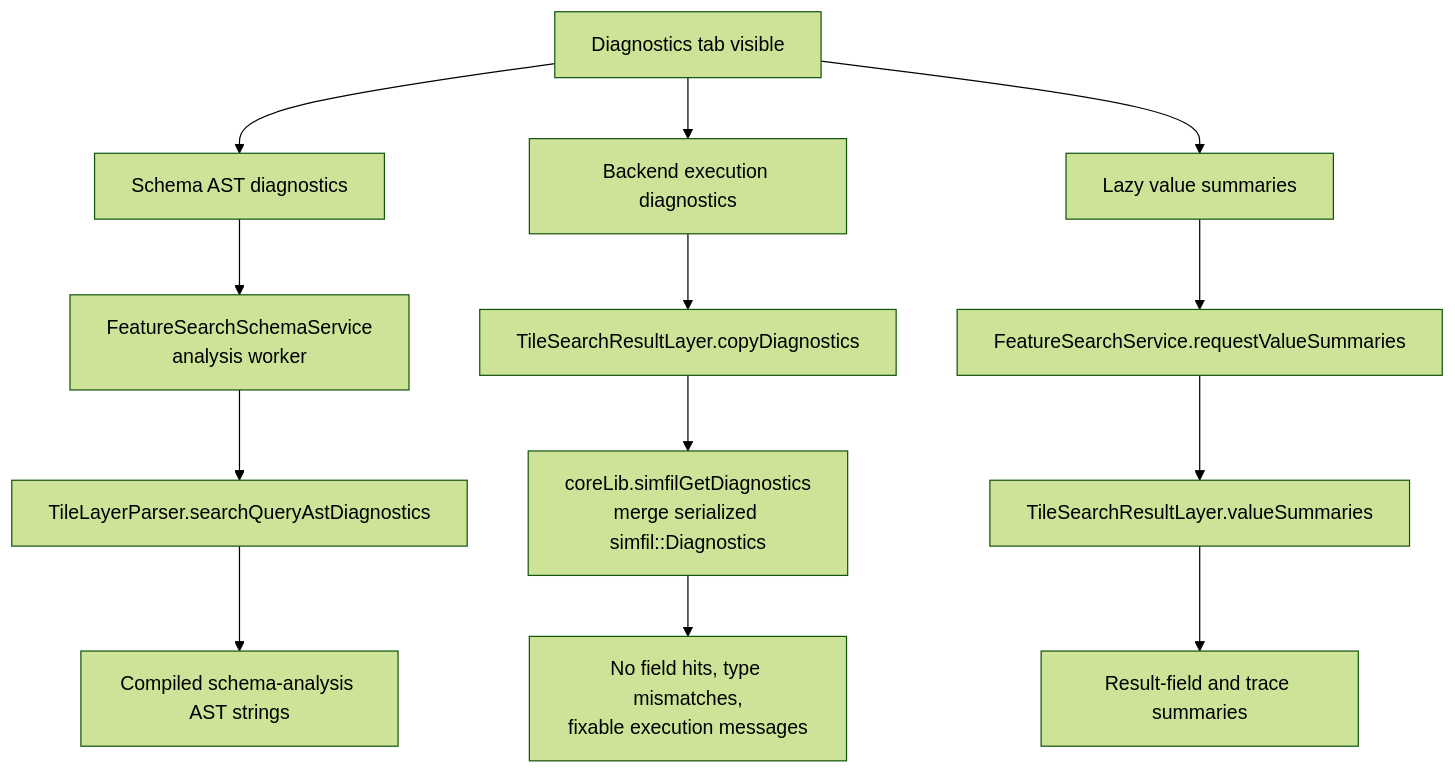
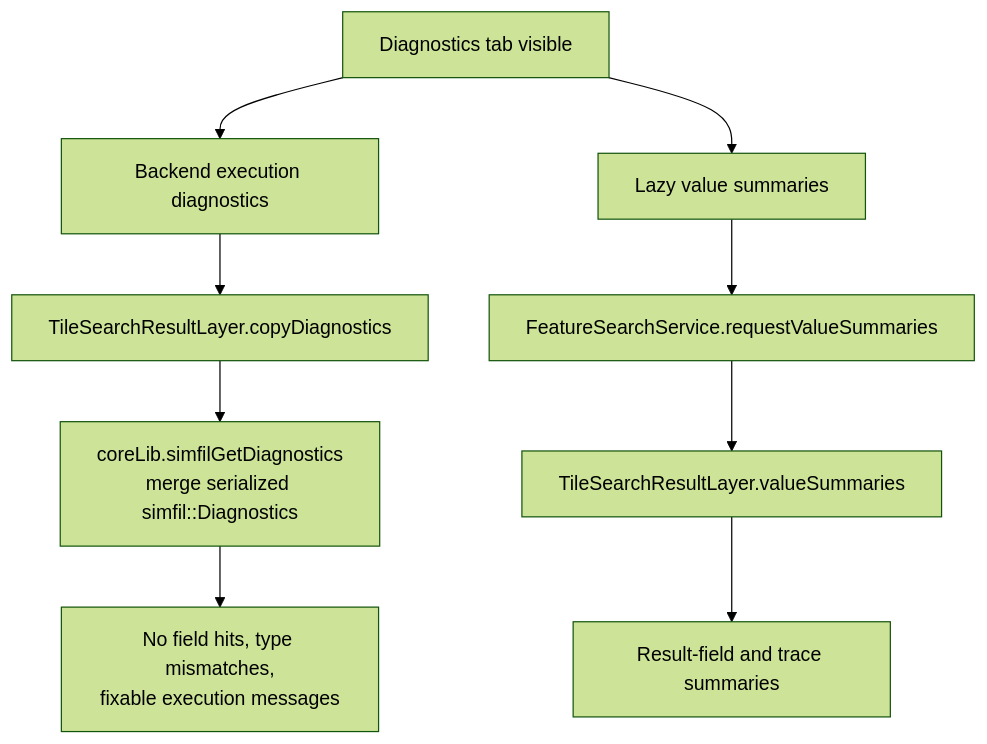
One commit to ndsev/erdblick changed diagram 11 of 11 in docs/erdblick-search-architecture.md. Above: the diagram before and after it, drawn with Mermaid (forest theme). The commit also changed other lines of this file and 27 other files, not shown here.

Commit message:
Polish feature search schema behavior

````diff
--- a/docs/erdblick-search-architecture.md
+++ b/docs/erdblick-search-architecture.md
@@ -418,18 +418,13 @@
 ```mermaid
 flowchart TD
-  Tab[Diagnostics tab visible] --> QueryDiag[Schema AST diagnostics]
-  Tab --> ExecDiag[Backend execution diagnostics]
+  Tab[Diagnostics tab visible] --> ExecDiag[Backend execution diagnostics]
   Tab --> Values[Lazy value summaries]
-
-  QueryDiag --> SchemaSvc[FeatureSearchSchemaService<br/>analysis worker]
-  SchemaSvc --> Parser[TileLayerParser.searchQueryAstDiagnostics]
-  Parser --> SchemaAsts[Compiled schema-analysis AST strings]
 
   ExecDiag --> ResultLayers[TileSearchResultLayer.copyDiagnostics]
   ResultLayers --> SimfilDiag[coreLib.simfilGetDiagnostics<br/>merge serialized simfil::Diagnostics]
   SimfilDiag --> Messages[No field hits, type mismatches,<br/>fixable execution messages]
 
   Values --> LazyLoad[FeatureSearchService.requestValueSummaries]
   LazyLoad --> NativeSummary[TileSearchResultLayer.valueSummaries]
   NativeSummary --> Cards[Result-field and trace summaries]
 ```
````
